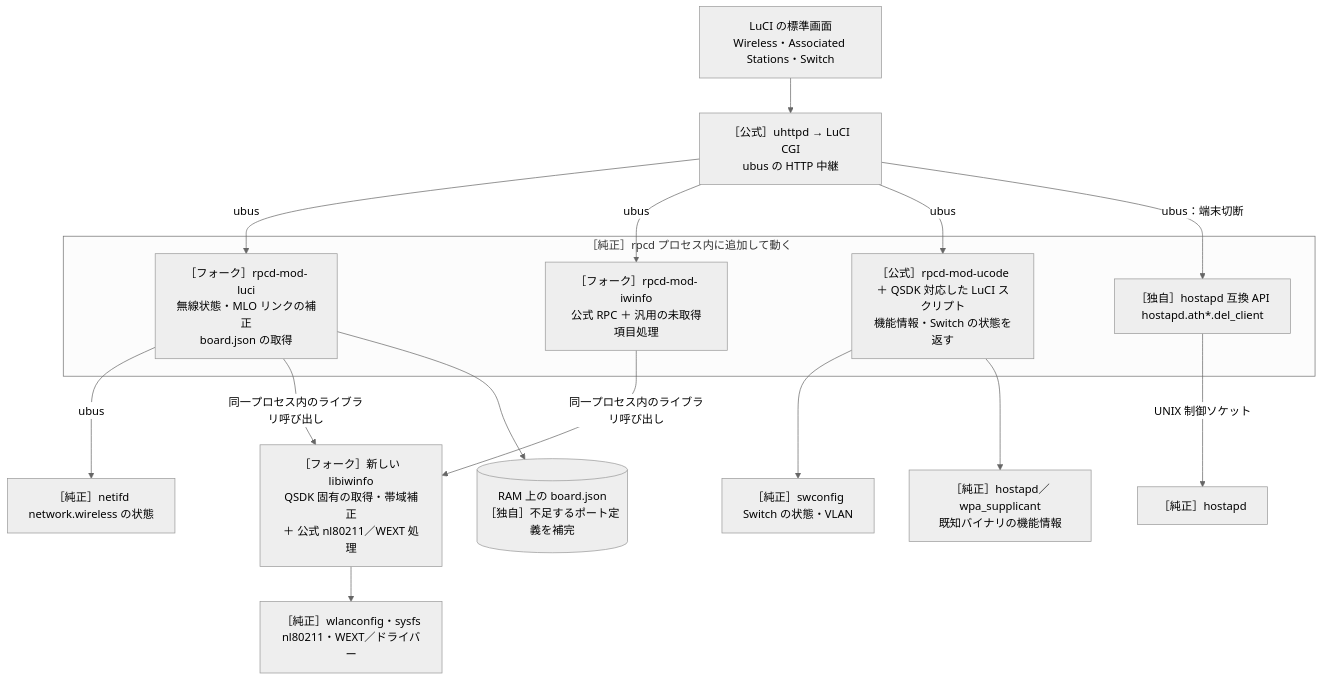
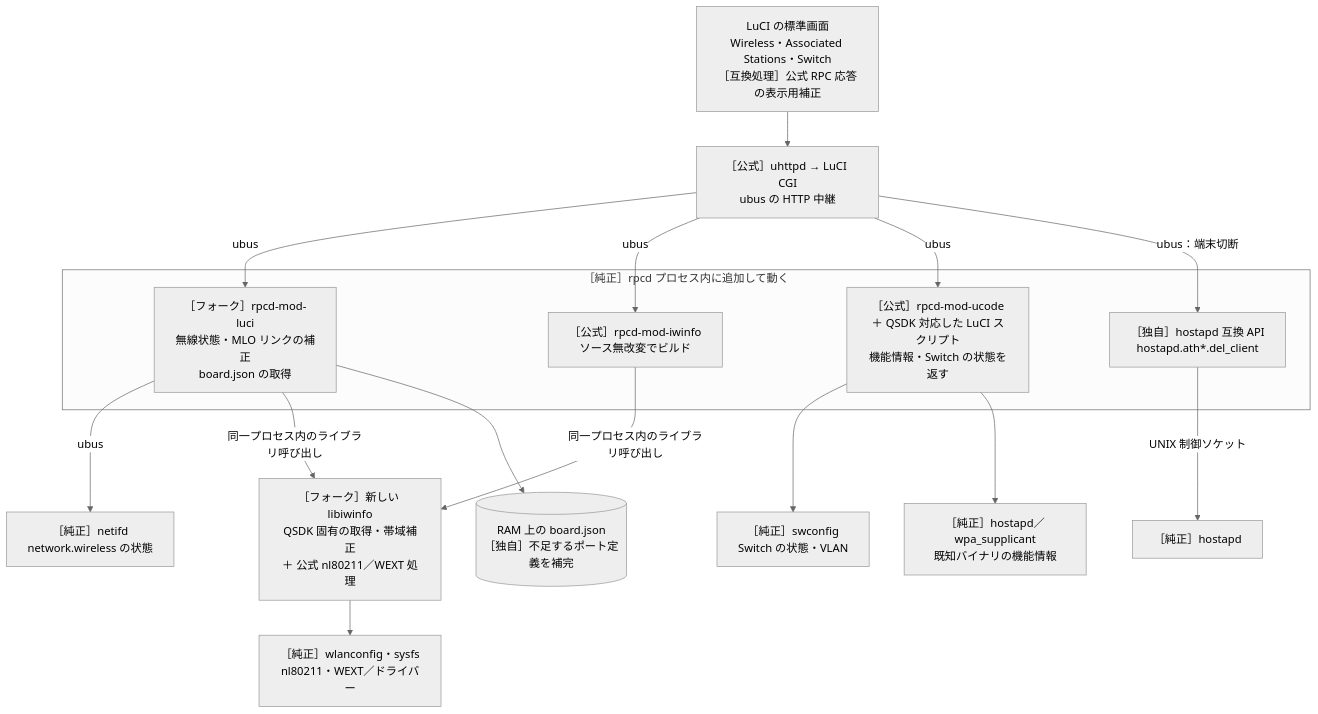
Before and after one commit to onokatio/luci: the second of 4 diagrams in README.md, drawn with Mermaid (neutral theme). The commit also changed other lines of this file and 9 other files, not shown here.

Commit message:
iwinfo: use unmodified upstream RPC with public LuCI response filters

````diff
--- a/README.md
+++ b/README.md
@@ -66,34 +66,34 @@
 ```mermaid
 flowchart TD
-    UI["LuCI の標準画面<br/>Wireless・Associated Stations・Switch"]
+    UI["LuCI の標準画面<br/>Wireless・Associated Stations・Switch<br/>［互換処理］公式 RPC 応答の表示用補正"]
     HTTP["［公式］uhttpd → LuCI CGI<br/>ubus の HTTP 中継"]
 
     subgraph RPC["［純正］rpcd プロセス内に追加して動く"]
         LRPC["［フォーク］rpcd-mod-luci<br/>無線状態・MLO リンクの補正<br/>board.json の取得"]
-        IRPC["［フォーク］rpcd-mod-iwinfo<br/>公式 RPC ＋ 汎用の未取得項目処理"]
+        IRPC["［公式］rpcd-mod-iwinfo<br/>ソース無改変でビルド"]
         URPC["［公式］rpcd-mod-ucode<br/>＋ QSDK 対応した LuCI スクリプト<br/>機能情報・Switch の状態を返す"]
         DISCONNECT["［独自］hostapd 互換 API<br/>hostapd.ath*.del_client"]
     end
 
     IW["［フォーク］新しい libiwinfo<br/>QSDK 固有の取得・帯域補正<br/>＋ 公式 nl80211／WEXT 処理"]
     NET["［純正］netifd<br/>network.wireless の状態"]
     NATIVE["［純正］wlanconfig・sysfs<br/>nl80211・WEXT／ドライバー"]
     HOST["［純正］hostapd"]
     BOARD[("RAM 上の board.json<br/>［独自］不足するポート定義を補完")]
     SW["［純正］swconfig<br/>Switch の状態・VLAN"]
     BIN["［純正］hostapd／wpa_supplicant<br/>既知バイナリの機能情報"]
 
     UI --> HTTP
     HTTP -->|"ubus"| LRPC
     HTTP -->|"ubus"| IRPC
     HTTP -->|"ubus"| URPC
     HTTP -->|"ubus：端末切断"| DISCONNECT
     LRPC -->|"ubus"| NET
     LRPC -->|"同一プロセス内のライブラリ呼び出し"| IW
     IRPC -->|"同一プロセス内のライブラリ呼び出し"| IW
     IW --> NATIVE
     LRPC --> BOARD
     URPC --> SW
     URPC --> BIN
     DISCONNECT -->|"UNIX 制御ソケット"| HOST
 ```
````
